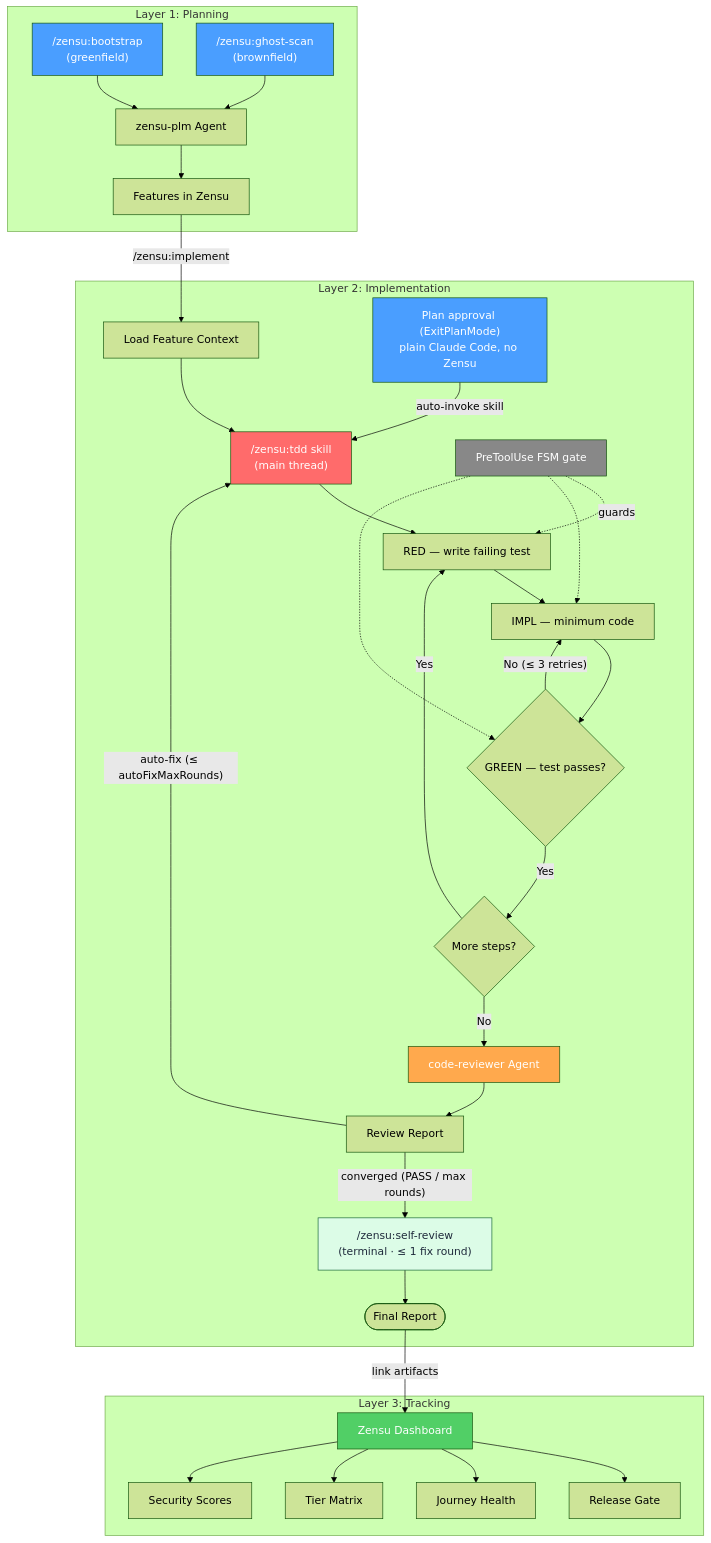
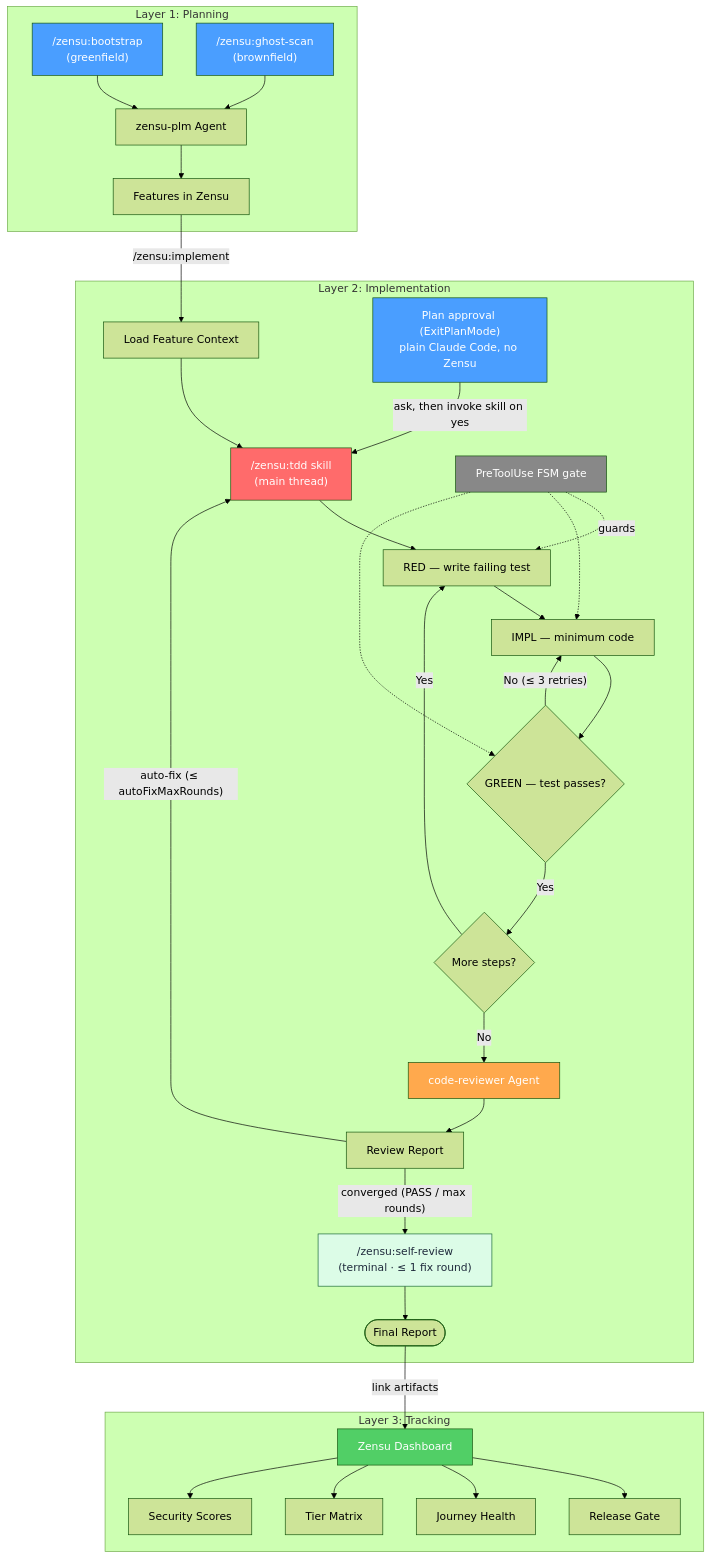
Before and after one commit to MKITConsulting/zensu-claude-code: the diagram in README.md, drawn with Mermaid (forest theme). The commit also changed other lines of this file and 9 other files, not shown here.

First line of the commit message:
feat(tdd): prompt before running TDD flow on plan approval

````diff
--- a/README.md
+++ b/README.md
@@ -30,45 +30,45 @@
 ```mermaid
 flowchart TD
     subgraph Planning["Layer 1: Planning"]
         A1["/zensu:bootstrap<br/>(greenfield)"] --> B["zensu-plm Agent"]
         A2["/zensu:ghost-scan<br/>(brownfield)"] --> B
         B --> C["Features in Zensu"]
     end
 
     subgraph Implementation["Layer 2: Implementation"]
         C -->|"/zensu:implement"| D["Load Feature Context"]
-        PLAIN["Plan approval (ExitPlanMode)<br/>plain Claude Code, no Zensu"] -->|"auto-invoke skill"| E
+        PLAIN["Plan approval (ExitPlanMode)<br/>plain Claude Code, no Zensu"] -->|"ask, then invoke skill on yes"| E
         D --> E["/zensu:tdd skill<br/>(main thread)"]
         E --> RED["RED — write failing test"]
         RED --> IMPL["IMPL — minimum code"]
         IMPL --> GREEN{"GREEN — test passes?"}
         GREEN -->|"No (≤ 3 retries)"| IMPL
         GREEN -->|"Yes"| NEXT{"More steps?"}
         NEXT -->|"Yes"| RED
         NEXT -->|"No"| K["code-reviewer Agent"]
         K --> L["Review Report"]
         L -->|"auto-fix (≤ autoFixMaxRounds)"| E
         L -->|"converged (PASS / max rounds)"| SR["/zensu:self-review<br/>(terminal · ≤ 1 fix round)"]
         SR --> FR(["Final Report"])
         GATE["PreToolUse FSM gate"] -.guards.-> RED
         GATE -.-> IMPL
         GATE -.-> GREEN
     end
 
     subgraph Tracking["Layer 3: Tracking"]
         FR -->|"link artifacts"| M["Zensu Dashboard"]
         M --> Q["Release Gate"]
         M --> P["Journey Health"]
         M --> O["Tier Matrix"]
         M --> N["Security Scores"]
     end
 
     style A1 fill:#4a9eff,color:#fff
     style A2 fill:#4a9eff,color:#fff
     style PLAIN fill:#4a9eff,color:#fff
     style E fill:#ff6b6b,color:#fff
     style GATE fill:#888,color:#fff
     style K fill:#ffa94d,color:#fff
     style SR fill:#dcfce7,stroke:#166534,color:#1e293b
     style M fill:#51cf66,color:#fff
 ```
````
